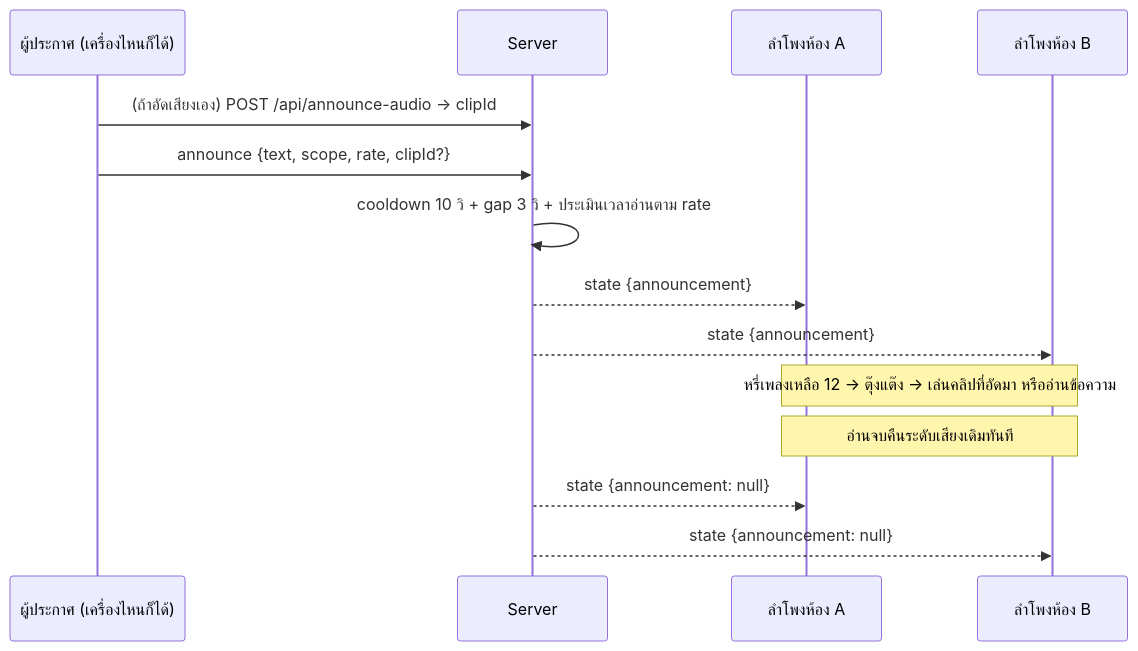
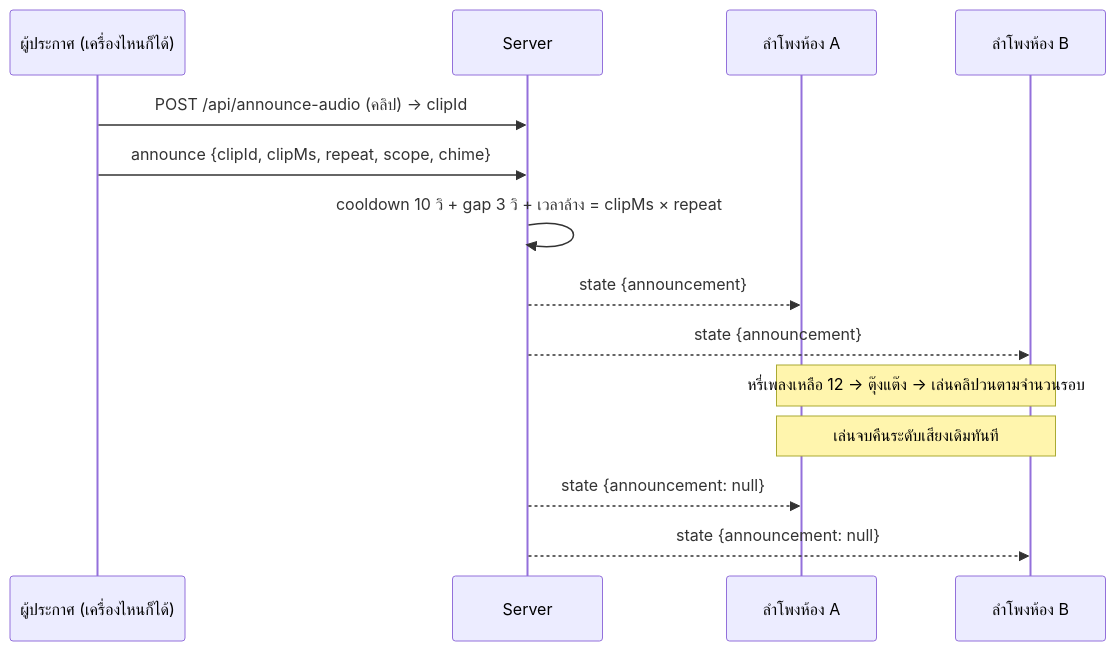
The second of 2 diagrams in README.md (watggwp/Music-Hub), drawn with Mermaid before and after one commit. The commit also changed other lines of this file and 3 other files, not shown here.

````diff
--- a/README.md
+++ b/README.md
@@ -129,17 +130,17 @@
 ```mermaid
 sequenceDiagram
     participant P as ผู้ประกาศ (เครื่องไหนก็ได้)
     participant S as Server
     participant H1 as ลำโพงห้อง A
     participant H2 as ลำโพงห้อง B
 
-    P->>S: (ถ้าอัดเสียงเอง) POST /api/announce-audio → clipId
-    P->>S: announce {text, scope, rate, clipId?}
-    S->>S: cooldown 10 วิ + gap 3 วิ + ประเมินเวลาอ่านตาม rate
+    P->>S: POST /api/announce-audio (คลิป) → clipId
+    P->>S: announce {clipId, clipMs, repeat, scope, chime}
+    S->>S: cooldown 10 วิ + gap 3 วิ + เวลาล้าง = clipMs × repeat
     S-->>H1: state {announcement}
     S-->>H2: state {announcement}
-    Note over H1,H2: หรี่เพลงเหลือ 12 → ตุ๊งแต๊ง → เล่นคลิปที่อัดมา หรืออ่านข้อความ
-    Note over H1,H2: อ่านจบคืนระดับเสียงเดิมทันที
+    Note over H1,H2: หรี่เพลงเหลือ 12 → ตุ๊งแต๊ง → เล่นคลิปวนตามจำนวนรอบ
+    Note over H1,H2: เล่นจบคืนระดับเสียงเดิมทันที
     S-->>H1: state {announcement: null}
     S-->>H2: state {announcement: null}
 ```
````
